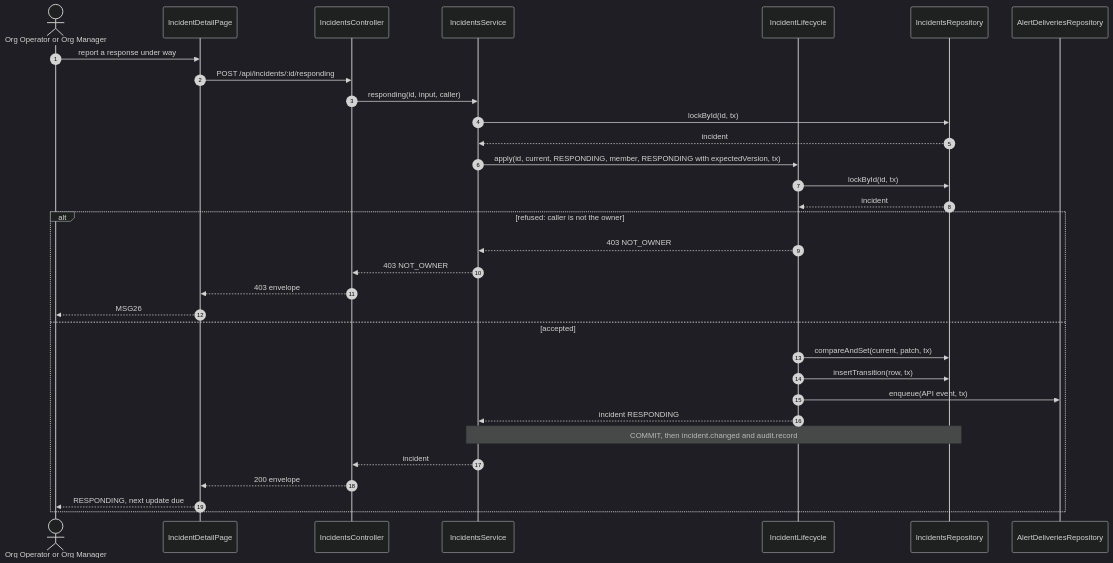
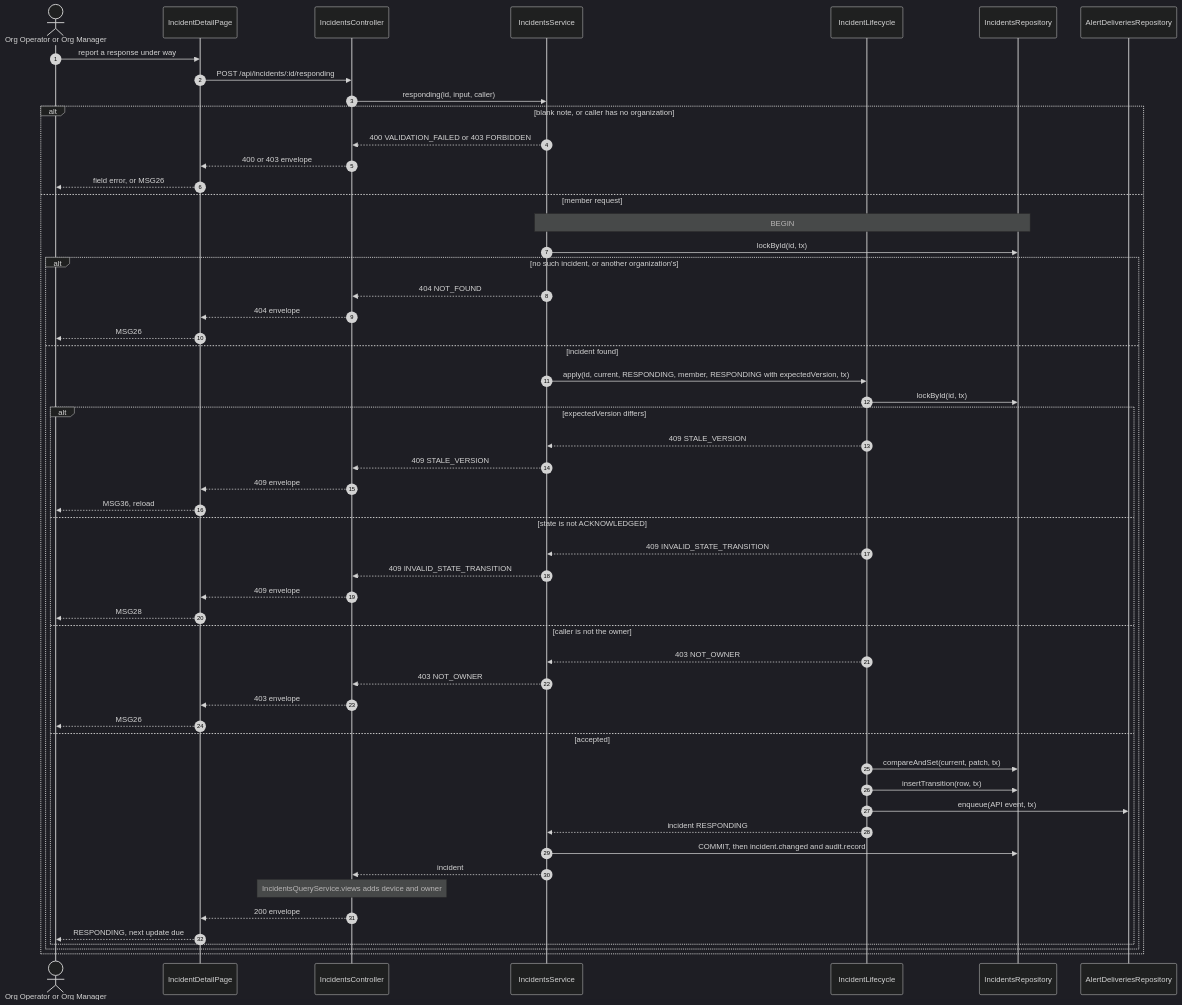
One commit to TrekLink-Team/treklink-web changed the second of 2 diagrams in specs/incidents/api-design/04-post-incidents-id-responding.md. Above: the diagram before and after it, drawn with Mermaid (dark theme). The commit also changed 8 other files, not shown here.

First line of the commit message:
docs: draw every failure branch in the incidents sequences

````diff
--- a/specs/incidents/api-design/04-post-incidents-id-responding.md
+++ b/specs/incidents/api-design/04-post-incidents-id-responding.md
@@ -248,34 +248,56 @@
 ```mermaid
 sequenceDiagram
     autonumber
     actor U as Org Operator or Org Manager
     participant P as IncidentDetailPage
     participant Ctl as IncidentsController
     participant Svc as IncidentsService
     participant L as IncidentLifecycle
     participant R as IncidentsRepository
     participant Ob as AlertDeliveriesRepository
     U->>P: report a response under way
     P->>Ctl: POST /api/incidents/:id/responding
     Ctl->>Svc: responding(id, input, caller)
-    Svc->>R: lockById(id, tx)
-    R-->>Svc: incident
-    Svc->>L: apply(id, current, RESPONDING, member, RESPONDING with expectedVersion, tx)
-    L->>R: lockById(id, tx)
-    R-->>L: incident
-    alt refused: caller is not the owner
-        L-->>Svc: 403 NOT_OWNER
-        Svc-->>Ctl: 403 NOT_OWNER
-        Ctl-->>P: 403 envelope
-        P-->>U: MSG26
-    else accepted
-        L->>R: compareAndSet(current, patch, tx)
-        L->>R: insertTransition(row, tx)
-        L->>Ob: enqueue(API event, tx)
-        L-->>Svc: incident RESPONDING
-        Note over Svc,R: COMMIT, then incident.changed and audit.record
-        Svc-->>Ctl: incident
-        Ctl-->>P: 200 envelope
-        P-->>U: RESPONDING, next update due
+    alt blank note, or caller has no organization
+        Svc-->>Ctl: 400 VALIDATION_FAILED or 403 FORBIDDEN
+        Ctl-->>P: 400 or 403 envelope
+        P-->>U: field error, or MSG26
+    else member request
+        Note over Svc,R: BEGIN
+        Svc->>R: lockById(id, tx)
+        alt no such incident, or another organization's
+            Svc-->>Ctl: 404 NOT_FOUND
+            Ctl-->>P: 404 envelope
+            P-->>U: MSG26
+        else incident found
+            Svc->>L: apply(id, current, RESPONDING, member, RESPONDING with expectedVersion, tx)
+            L->>R: lockById(id, tx)
+            alt expectedVersion differs
+                L-->>Svc: 409 STALE_VERSION
+                Svc-->>Ctl: 409 STALE_VERSION
+                Ctl-->>P: 409 envelope
+                P-->>U: MSG36, reload
+            else state is not ACKNOWLEDGED
+                L-->>Svc: 409 INVALID_STATE_TRANSITION
+                Svc-->>Ctl: 409 INVALID_STATE_TRANSITION
+                Ctl-->>P: 409 envelope
+                P-->>U: MSG28
+            else caller is not the owner
+                L-->>Svc: 403 NOT_OWNER
+                Svc-->>Ctl: 403 NOT_OWNER
+                Ctl-->>P: 403 envelope
+                P-->>U: MSG26
+            else accepted
+                L->>R: compareAndSet(current, patch, tx)
+                L->>R: insertTransition(row, tx)
+                L->>Ob: enqueue(API event, tx)
+                L-->>Svc: incident RESPONDING
+                Svc->>R: COMMIT, then incident.changed and audit.record
+                Svc-->>Ctl: incident
+                Note over Ctl: IncidentsQueryService.views adds device and owner
+                Ctl-->>P: 200 envelope
+                P-->>U: RESPONDING, next update due
+            end
+        end
     end
 ```
````
